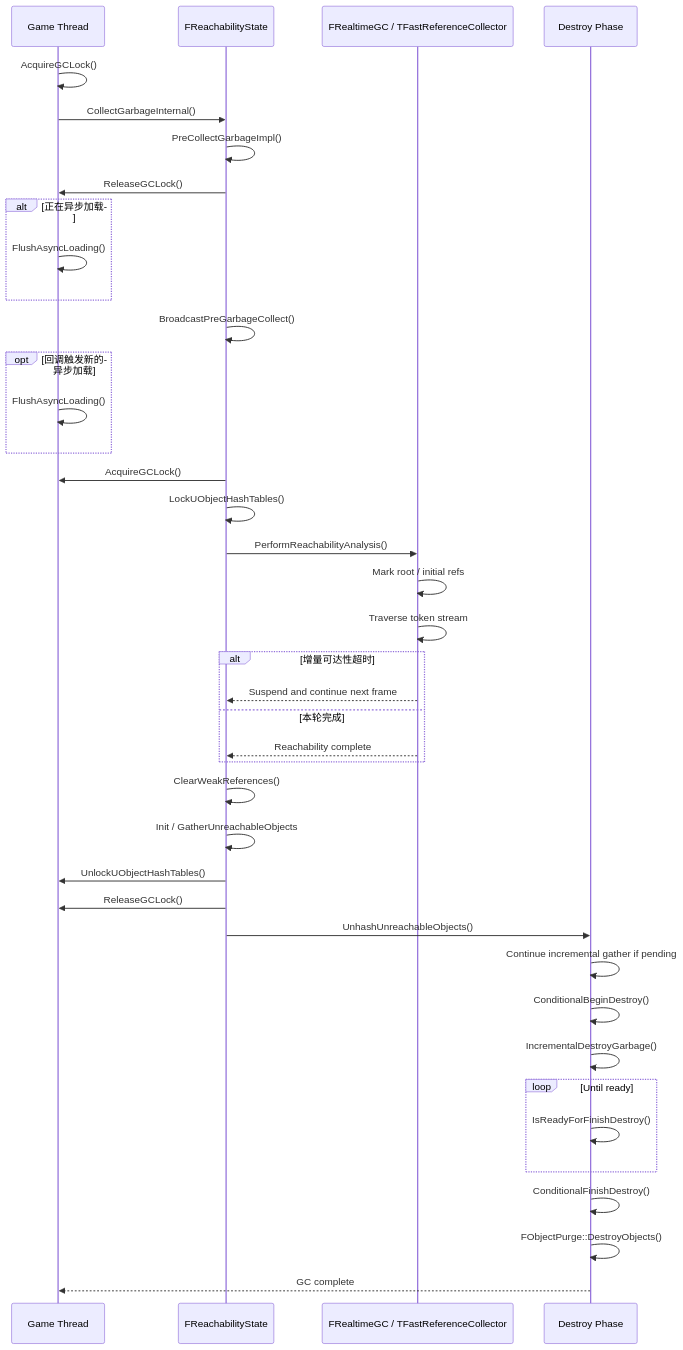
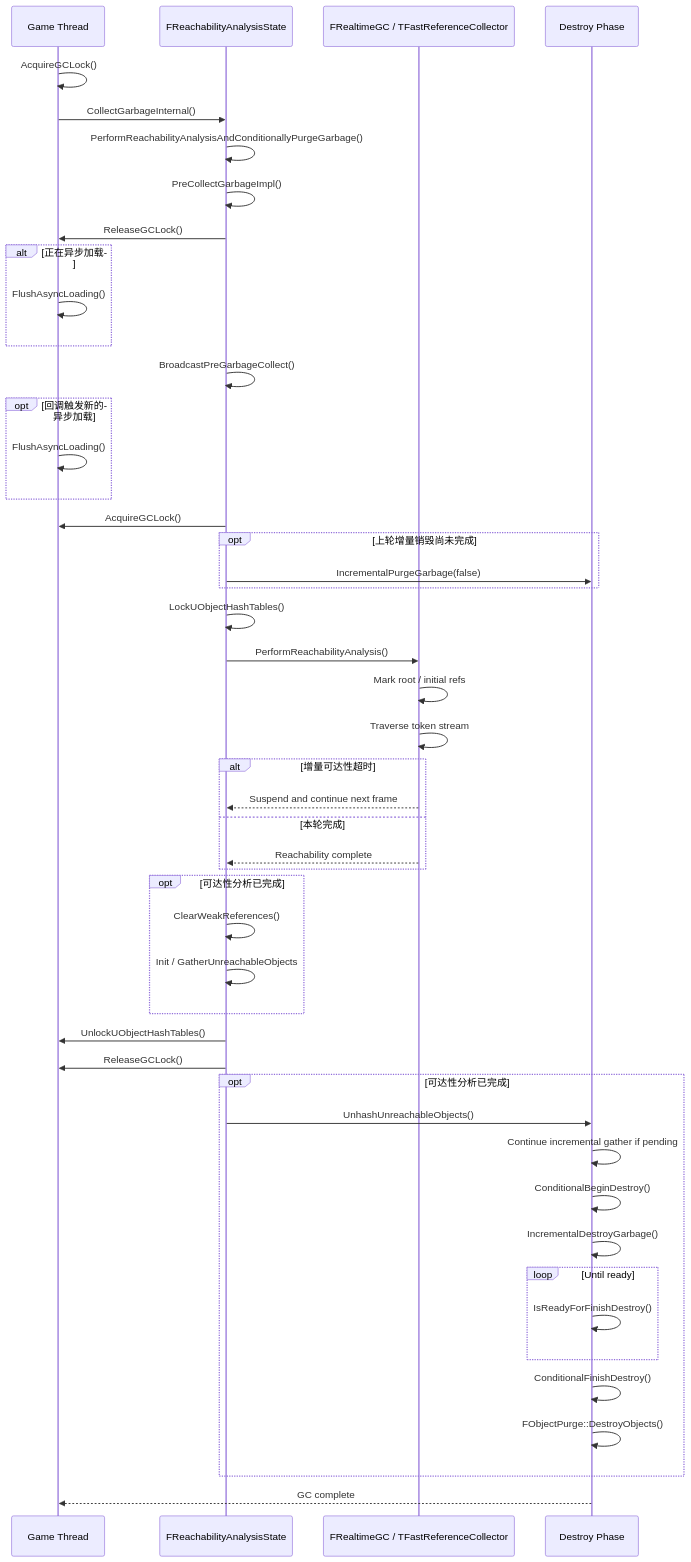
Before and after one commit to GueChen/GueChen.github.io: the diagram in _posts/2026-07-15-UE Garbage Collection.md, drawn with Mermaid. The commit also changed other lines of this file and 4 other files, not shown here.

```diff
--- a/_posts/2026-07-15-UE Garbage Collection.md
+++ b/_posts/2026-07-15-UE Garbage Collection.md
@@ -538,43 +122,51 @@
 <div class="mermaid">
 sequenceDiagram
 	participant Game as Game Thread
-	participant Reach as FReachabilityState
+	participant Reach as FReachabilityAnalysisState
 	participant FastGC as FRealtimeGC / TFastReferenceCollector
 	participant Purge as Destroy Phase
 
 	Game->>Game: AcquireGCLock()
 	Game->>Reach: CollectGarbageInternal()
+	Reach->>Reach: PerformReachabilityAnalysisAndConditionallyPurgeGarbage()
 	Reach->>Reach: PreCollectGarbageImpl()
 	Reach->>Game: ReleaseGCLock()
 	alt 正在异步加载
 		Game->>Game: FlushAsyncLoading()
 	end
 	Reach->>Reach: BroadcastPreGarbageCollect()
 	opt 回调触发新的异步加载
 		Game->>Game: FlushAsyncLoading()
 	end
 	Reach->>Game: AcquireGCLock()
+	opt 上轮增量销毁尚未完成
+		Reach->>Purge: IncrementalPurgeGarbage(false)
+	end
 	Reach->>Reach: LockUObjectHashTables()
 	Reach->>FastGC: PerformReachabilityAnalysis()
 	FastGC->>FastGC: Mark root / initial refs
 	FastGC->>FastGC: Traverse token stream
 	alt 增量可达性超时
 		FastGC-->>Reach: Suspend and continue next frame
 	else 本轮完成
 		FastGC-->>Reach: Reachability complete
 	end
-	Reach->>Reach: ClearWeakReferences()
-	Reach->>Reach: Init / GatherUnreachableObjects
+	opt 可达性分析已完成
+		Reach->>Reach: ClearWeakReferences()
+		Reach->>Reach: Init / GatherUnreachableObjects
+	end
 	Reach->>Game: UnlockUObjectHashTables()
 	Reach->>Game: ReleaseGCLock()
-	Reach->>Purge: UnhashUnreachableObjects()
-	Purge->>Purge: Continue incremental gather if pending
-	Purge->>Purge: ConditionalBeginDestroy()
-	Purge->>Purge: IncrementalDestroyGarbage()
-	loop Until ready
-		Purge->>Purge: IsReadyForFinishDestroy()
+	opt 可达性分析已完成
+		Reach->>Purge: UnhashUnreachableObjects()
+		Purge->>Purge: Continue incremental gather if pending
+		Purge->>Purge: ConditionalBeginDestroy()
+		Purge->>Purge: IncrementalDestroyGarbage()
+		loop Until ready
+			Purge->>Purge: IsReadyForFinishDestroy()
+		end
+		Purge->>Purge: ConditionalFinishDestroy()
+		Purge->>Purge: FObjectPurge::DestroyObjects()
 	end
-	Purge->>Purge: ConditionalFinishDestroy()
-	Purge->>Purge: FObjectPurge::DestroyObjects()
 	Purge-->>Game: GC complete
 </div>
```
